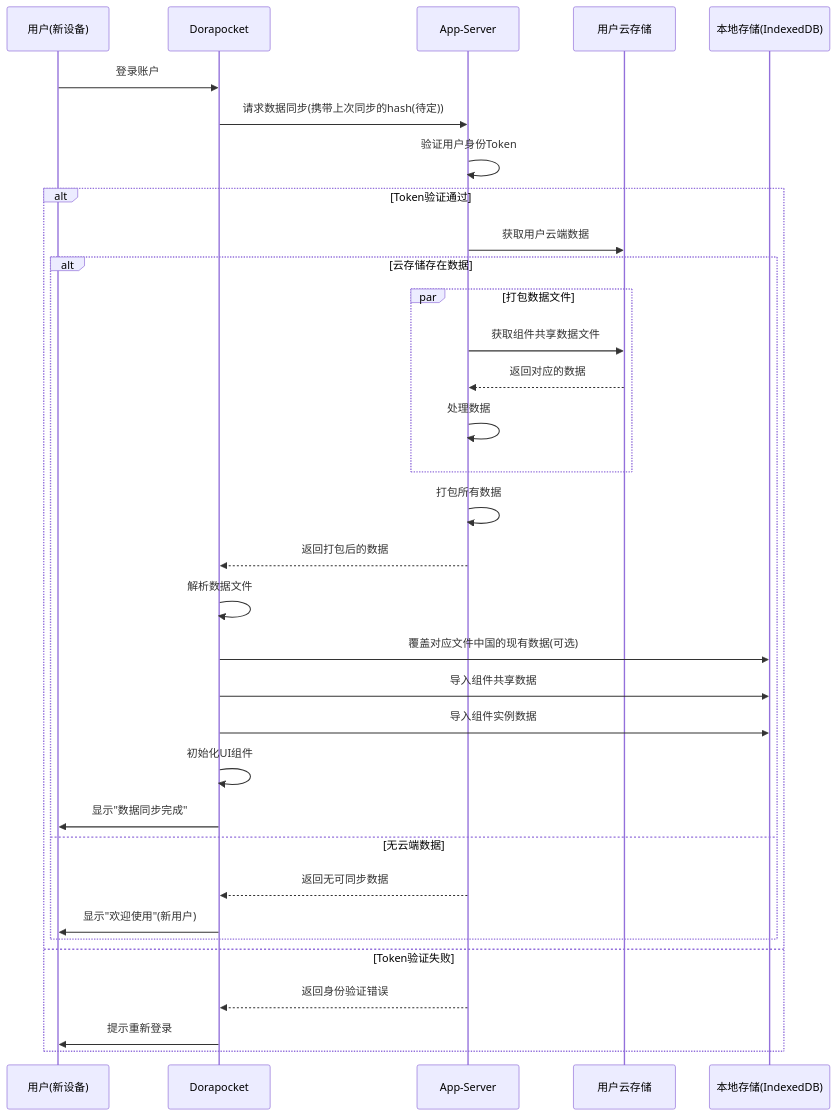
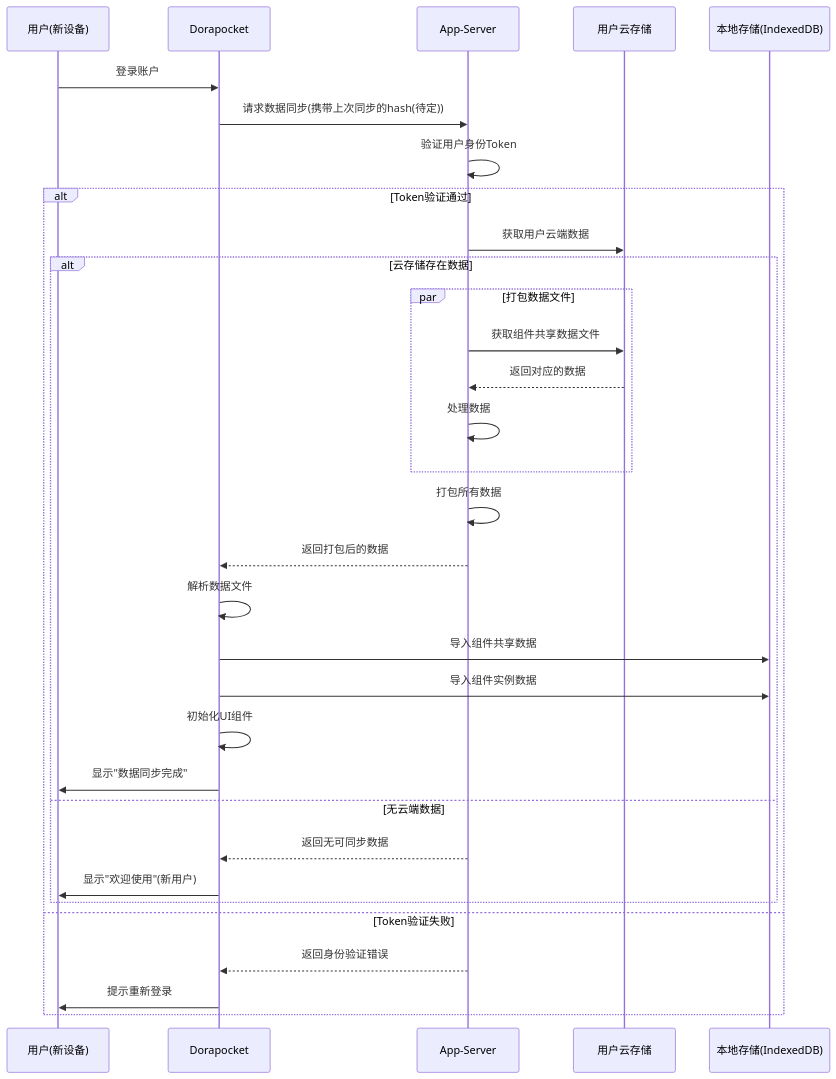
Before and after one commit to yingjianzh/iodraw-files: the diagram in all/未命名-38.md, drawn with Mermaid.

Commit message:
2025-04-21 14:01:00 update

````diff
--- a/all/未命名-38.md
+++ b/all/未命名-38.md
@@ -1,45 +1,44 @@
 ```mermaid
 sequenceDiagram
     participant User as 用户(新设备)
     participant App as Dorapocket
     participant AppServer as App-Server
     participant UserCloud as 用户云存储
     participant LocalDB as 本地存储(IndexedDB)
     
     User->>App: 登录账户
     
     App->>AppServer: 请求数据同步(携带上次同步的hash(待定))
     AppServer->>AppServer: 验证用户身份Token
     
     alt Token验证通过
         AppServer->>UserCloud: 获取用户云端数据
         
         
         alt 云存储存在数据
             par 打包数据文件
                 AppServer->>UserCloud: 获取组件共享数据文件
                 UserCloud-->>AppServer: 返回对应的数据
                 
                 AppServer->>AppServer: 处理数据
             end
             
             AppServer->>AppServer: 打包所有数据
             AppServer-->>App: 返回打包后的数据
             
             App->>App: 解析数据文件
             
-            App->>LocalDB: 覆盖对应文件中国的现有数据(可选)
             App->>LocalDB: 导入组件共享数据
             App->>LocalDB: 导入组件实例数据
             
             App->>App: 初始化UI组件
             App->>User: 显示"数据同步完成"
         else 无云端数据
             AppServer-->>App: 返回无可同步数据
             App->>User: 显示"欢迎使用"(新用户)
         end
     else Token验证失败
         AppServer-->>App: 返回身份验证错误
         App->>User: 提示重新登录
     end
 ```
````
